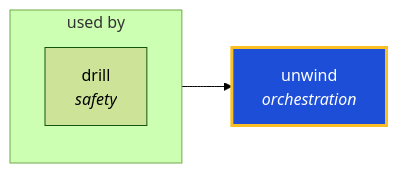
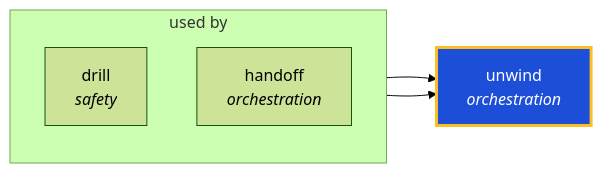
Before and after one commit to ThePlenkov/skills: the diagram in docs/graphs/generated/unwind.md, drawn with Mermaid (forest theme). The commit also changed other lines of this file and 76 other files, not shown here.

````diff
--- a/docs/graphs/generated/unwind.md
+++ b/docs/graphs/generated/unwind.md
@@ -22,13 +22,15 @@
 ```mermaid
 graph LR
   unwind["unwind<br/><i>orchestration</i>"]
   classDef center fill:#1d4ed8,stroke:#fbbf24,stroke-width:3px,color:#fff
   class unwind center
 
   subgraph sg_used_by["used by"]
     direction TB
     drill["drill<br/><i>safety</i>"]
+    handoff["handoff<br/><i>orchestration</i>"]
   end
   drill --> unwind
+  handoff --> unwind
 
 ```
````
